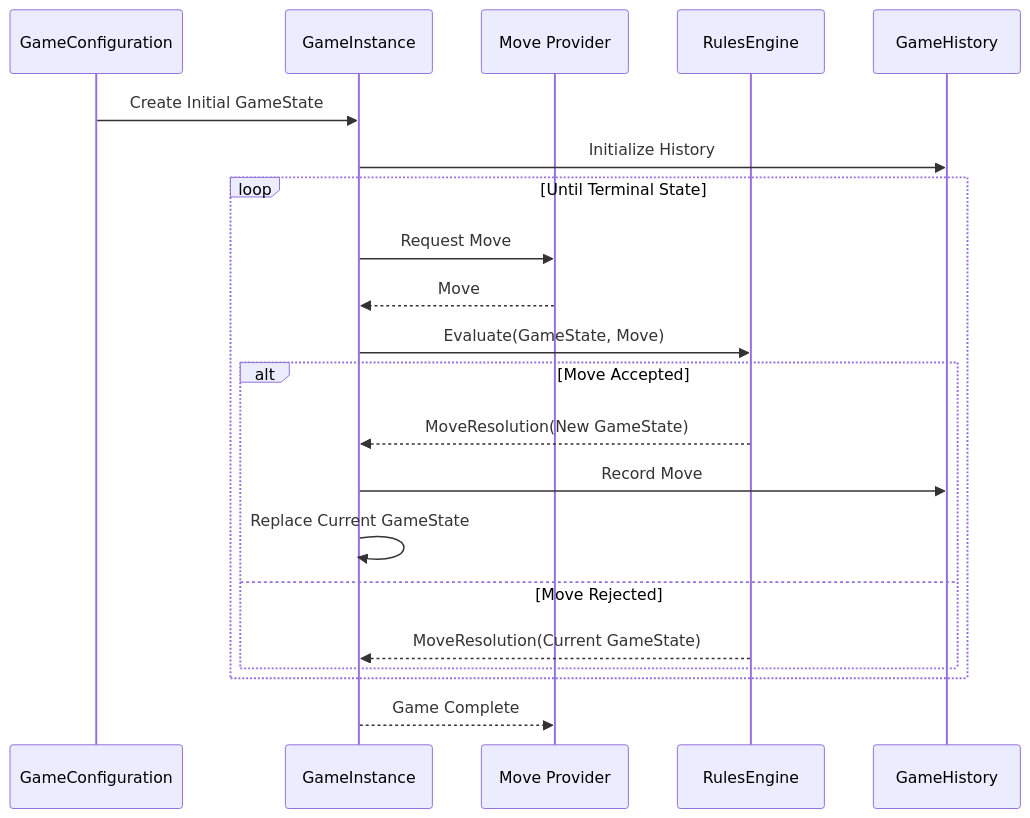
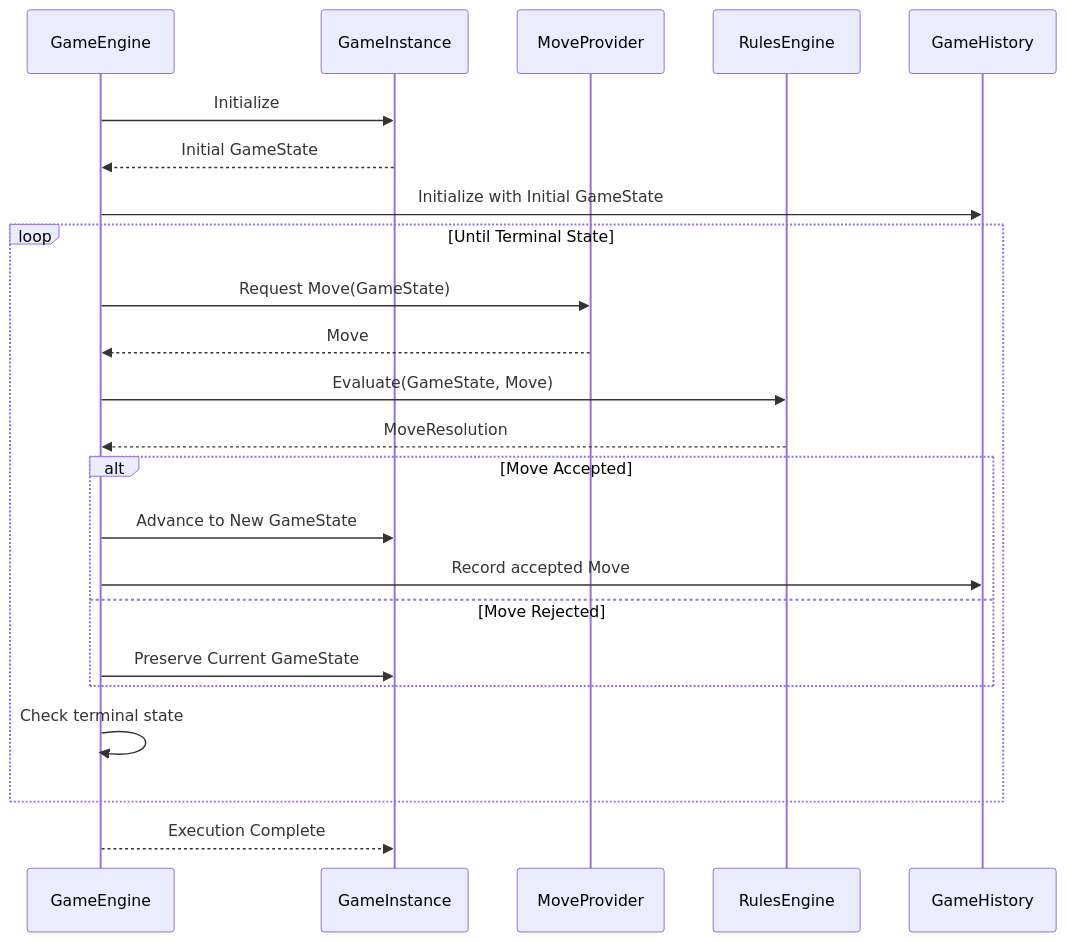
Before and after one commit to jagraves21/ludus: the third of 4 diagrams in docs/EXECUTION_MODEL.md, drawn with Mermaid. The commit also changed other lines of this file and 1 other file, not shown here.

First line of the commit message:
Update Execution Model (#5)

````diff
--- a/docs/EXECUTION_MODEL.md
+++ b/docs/EXECUTION_MODEL.md
@@ -204,30 +238,31 @@
 ```mermaid
 sequenceDiagram
-	participant GC as GameConfiguration
+	participant GE as GameEngine
 	participant GI as GameInstance
-	participant MP as Move Provider
+	participant MP as MoveProvider
 	participant RE as RulesEngine
 	participant GH as GameHistory
 
-	GC->>GI: Create Initial GameState
-	GI->>GH: Initialize History
+	GE->>GI: Initialize
+	GI-->>GE: Initial GameState
+	GE->>GH: Initialize with Initial GameState
 
 	loop Until Terminal State
+		GE->>MP: Request Move(GameState)
+		MP-->>GE: Move
 
-		GI->>MP: Request Move
-		MP-->>GI: Move
-
-		GI->>RE: Evaluate(GameState, Move)
+		GE->>RE: Evaluate(GameState, Move)
+		RE-->>GE: MoveResolution
 
 		alt Move Accepted
-			RE-->>GI: MoveResolution(New GameState)
-			GI->>GH: Record Move
-			GI->>GI: Replace Current GameState
+			GE->>GI: Advance to New GameState
+			GE->>GH: Record accepted Move
 		else Move Rejected
-			RE-->>GI: MoveResolution(Current GameState)
+			GE->>GI: Preserve Current GameState
 		end
 
+		GE->>GE: Check terminal state
 	end
 
-	GI-->>MP: Game Complete
+	GE-->>GI: Execution Complete
 ```
````
